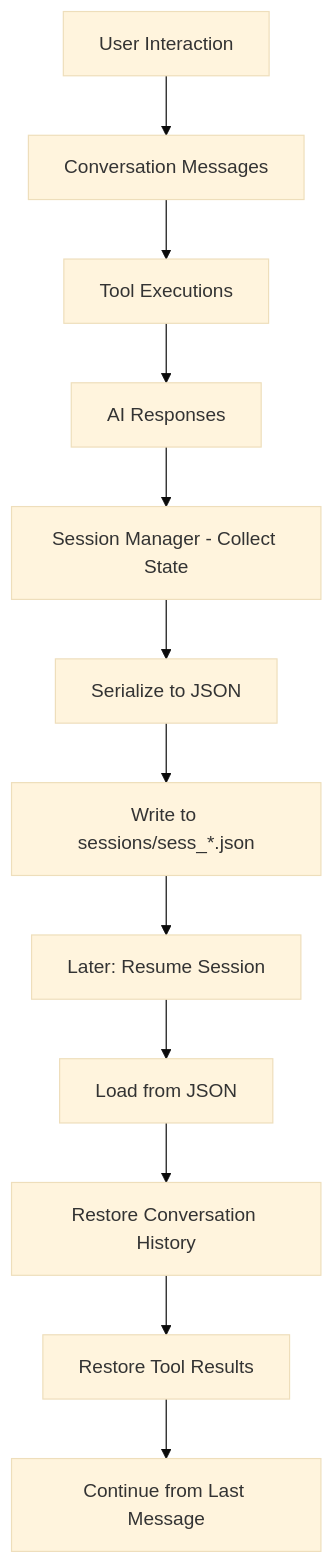
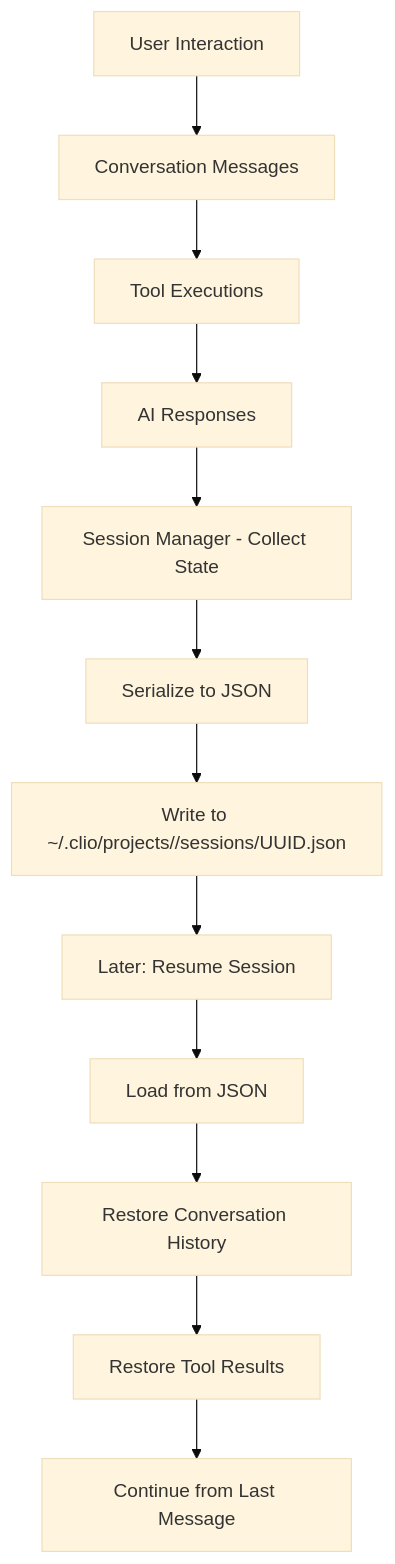
One commit to SyntheticAutonomicMind/CLIO changed the fifth of 6 diagrams in docs/SPECS/ARCHITECTURE.md. Above: the diagram before and after it, drawn with Mermaid (base theme). The commit also changed other lines of this file and 14 other files, not shown here.

````diff
--- a/docs/SPECS/ARCHITECTURE.md
+++ b/docs/SPECS/ARCHITECTURE.md
@@ -318,14 +318,14 @@
 ```mermaid
 flowchart TD
     A[User Interaction] --> B[Conversation Messages]
     B --> C[Tool Executions]
     C --> D[AI Responses]
     D --> E[Session Manager - Collect State]
     E --> F[Serialize to JSON]
-    F --> G[Write to sessions/sess_*.json]
+    F --> G[Write to ~/.clio/projects/<uuid>/sessions/UUID.json]
     G --> H[Later: Resume Session]
     H --> I[Load from JSON]
     I --> J[Restore Conversation History]
     J --> K[Restore Tool Results]
     K --> L[Continue from Last Message]
 ```
````
